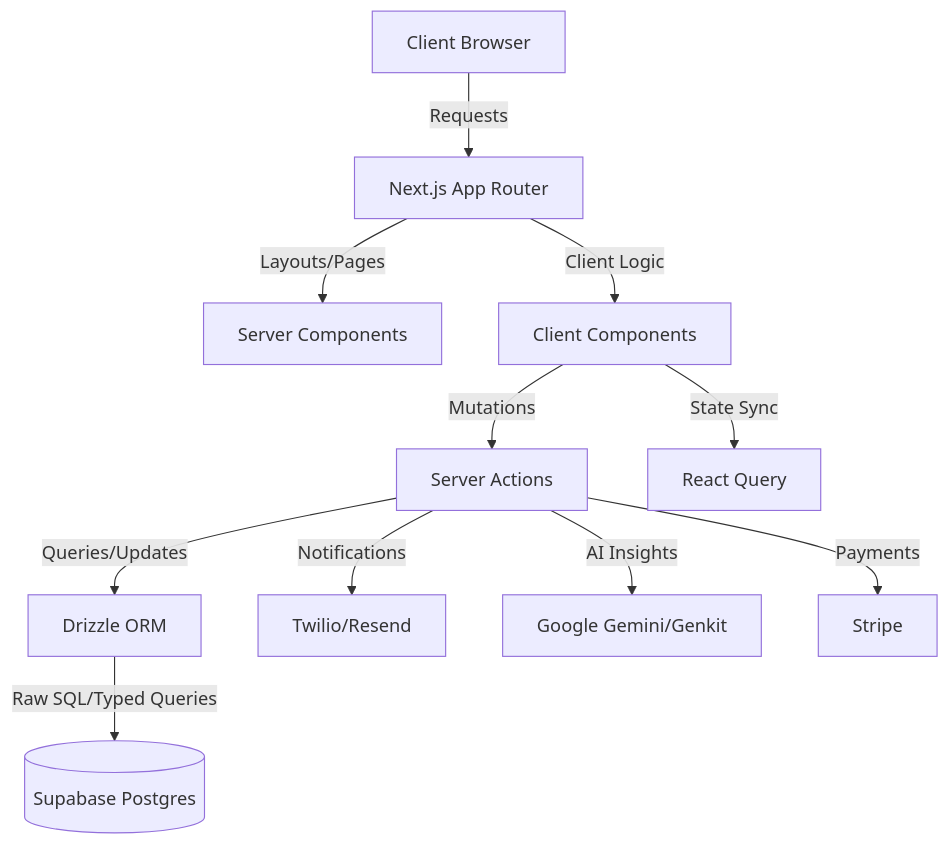
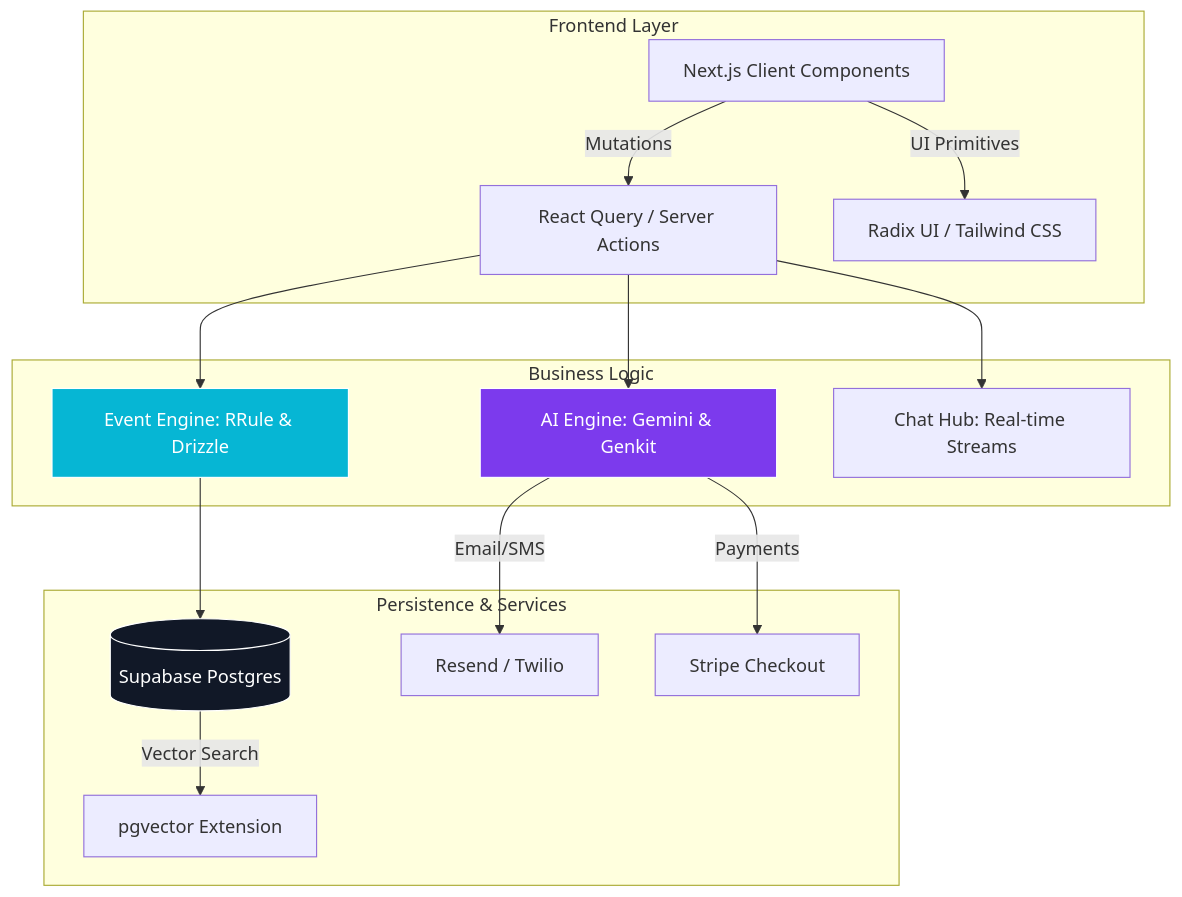
Before and after one commit to ArrinPaul/Eventra: the first of 2 diagrams in README.md, drawn with Mermaid. The commit also changed other lines of this file, not shown here.

````diff
--- a/README.md
+++ b/README.md
@@ -54,13 +44,24 @@
 ```mermaid
 graph TD
-    A[Client Browser] -->|Requests| B[Next.js App Router]
-    B -->|Layouts/Pages| C[Server Components]
-    B -->|Client Logic| D[Client Components]
-    D -->|Mutations| E[Server Actions]
-    E -->|Queries/Updates| F[Drizzle ORM]
-    F -->|Raw SQL/Typed Queries| G[(Supabase Postgres)]
-    E -->|Notifications| H[Twilio/Resend]
-    E -->|AI Insights| I[Google Gemini/Genkit]
-    E -->|Payments| J[Stripe]
-    D -->|State Sync| K[React Query]
+    subgraph Client_Layer [Frontend Layer]
+        A[Next.js Client Components] -->|Mutations| B[React Query / Server Actions]
+        A -->|UI Primitives| C[Radix UI / Tailwind CSS]
+    end
+
+    subgraph Application_Layer [Business Logic]
+        B --> D[AI Engine: Gemini & Genkit]
+        B --> E[Event Engine: RRule & Drizzle]
+        B --> F[Chat Hub: Real-time Streams]
+    end
+
+    subgraph Data_Layer [Persistence & Services]
+        E --> G[(Supabase Postgres)]
+        G -->|Vector Search| G1[pgvector Extension]
+        D -->|Email/SMS| H[Resend / Twilio]
+        D -->|Payments| I[Stripe Checkout]
+    end
+
+    style D fill:#7C3AED,stroke:#fff,color:#fff
+    style E fill:#06B6D4,stroke:#fff,color:#fff
+    style G fill:#111827,stroke:#fff,color:#fff
 ```
````
